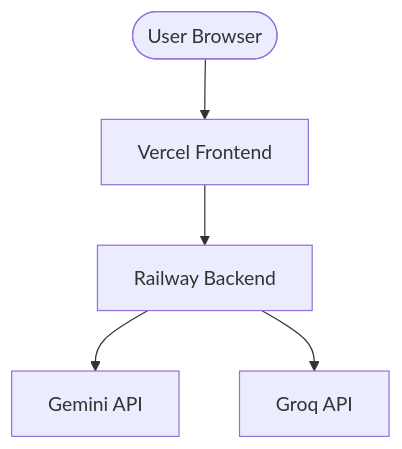
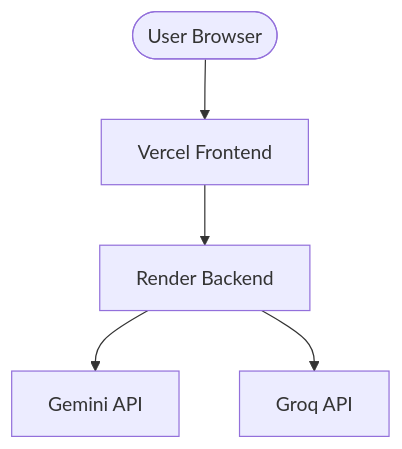
The sixth of 8 diagrams in README.md (dkshah25/resume_rag), drawn with Mermaid before and after one commit.

Commit message:
Update backend service to Render

````diff
--- a/README.md
+++ b/README.md
@@ -154,7 +154,7 @@
 ```mermaid
 flowchart TD
     User([User Browser]) --> Frontend[Vercel Frontend]
-    Frontend --> Backend[Railway Backend]
+    Frontend --> Backend[Render Backend]
     Backend --> Gemini[Gemini API]
     Backend --> Groq[Groq API]
 ```
````
